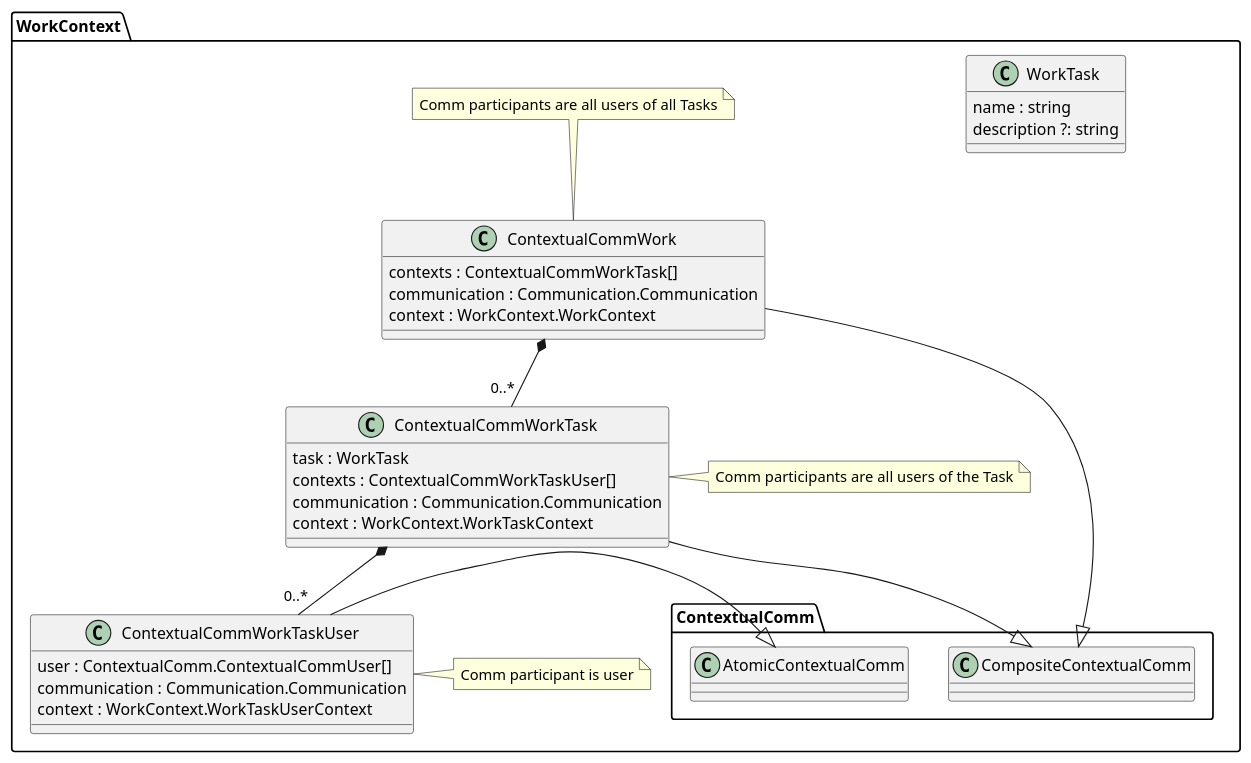
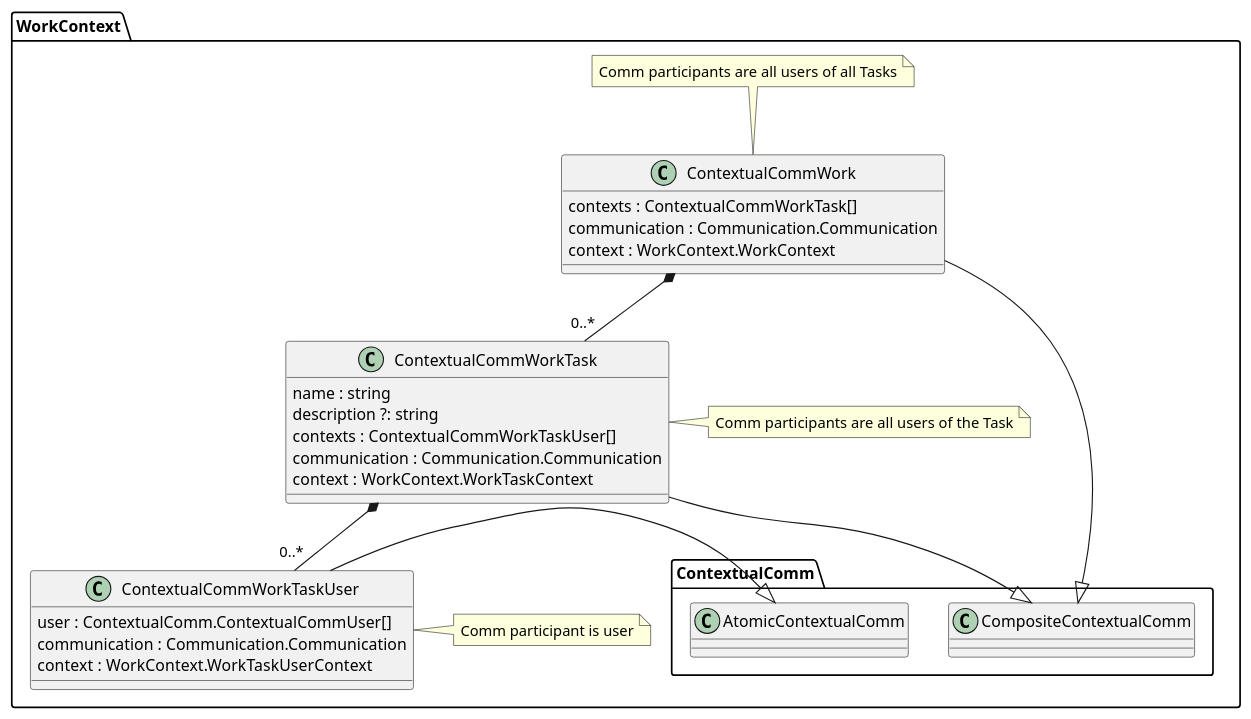
The diagram in docs/contextual-work-comm.puml (reTHINK-project/dev-smart-contextual-assistance-app), drawn with PlantUML before and after one commit. The commit also changed 1 other file, not shown here.

```diff
--- a/docs/contextual-work-comm.puml
+++ b/docs/contextual-work-comm.puml
@@ -1,46 +1,42 @@
 @startuml "work-context-design.png"
 
 Package WorkContext {
-
-  class WorkTask {
-  name : string
-  description ?: string
-  }
 
   class ContextualCommWork {
   contexts : ContextualCommWorkTask[]
   communication : Communication.Communication
   context : WorkContext.WorkContext
   }
 
   note top : Comm participants are all users of all Tasks
 
   class ContextualCommWorkTask {
-  task : WorkTask
+  name : string
+  description ?: string
   contexts : ContextualCommWorkTaskUser[]
   communication : Communication.Communication
   context : WorkContext.WorkTaskContext
   }
 
   note right : Comm participants are all users of the Task
 
   class ContextualCommWorkTaskUser {
   user : ContextualComm.ContextualCommUser[]
   communication : Communication.Communication
   context : WorkContext.WorkTaskUserContext
   }
 
   note right : Comm participant is user
 
 
   ContextualCommWork -|> ContextualComm.CompositeContextualComm
 
 	ContextualCommWork *-down- "0..*" ContextualCommWorkTask
 
   ContextualCommWorkTask -|> ContextualComm.CompositeContextualComm
 
 	ContextualCommWorkTask *-- "0..*" ContextualCommWorkTaskUser
 
 	ContextualCommWorkTaskUser -|> ContextualComm.AtomicContextualComm
 }
 @enduml
```
